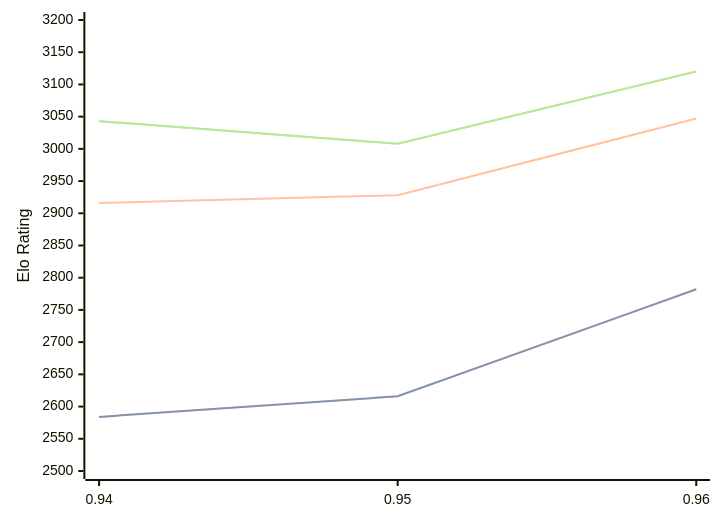
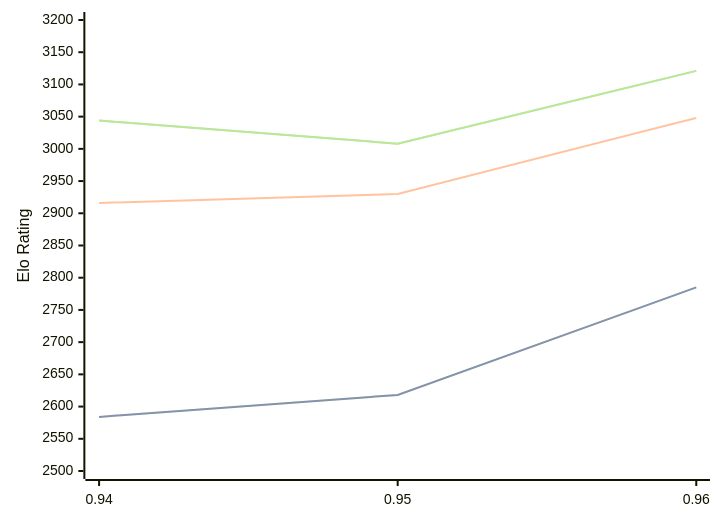
One commit to computer-chess-index/cci changed the first of 3 diagrams in engines/Myrddin.md. Above: the diagram before and after it, drawn with Mermaid. The commit also changed other lines of this file, not shown here.

Commit message:
Update CCI Ratings (ELO VLTC) - 2026-06-16

````diff
--- a/engines/Myrddin.md
+++ b/engines/Myrddin.md
@@ -38,11 +38,11 @@
 ```mermaid
 %%{init: {"theme":"base","themeVariables":{"seriesColors:['#a3a3a3','#222221','#faa371']}}}%%
 xychart-beta
   x-axis ["0.94", "0.95", "0.96"]
   y-axis "Elo Rating" 2500 --> 3200
-  line "STC (8.0+0.08s)" [2584, 2616, 2782]
-  line "STC (8.0+0.08s)" [2584, 2616, 2782]
-  line "LTC (60.0+0.60s)" [2916, 2928, 3047]
-  line "VLTC (2m24s+1.12s)" [3043, 3008, 3120]
-  line "VLTC (2m24s+1.12s)" [3043, 3008, 3120]
+  line "STC (8.0+0.08s)" [2584, 2618, 2785]
+  line "STC (8.0+0.08s)" [2584, 2618, 2785]
+  line "LTC (60.0+0.60s)" [2916, 2930, 3048]
+  line "VLTC (2m24s+1.12s)" [3044, 3008, 3121]
+  line "VLTC (2m24s+1.12s)" [3044, 3008, 3121]
 ```
````
